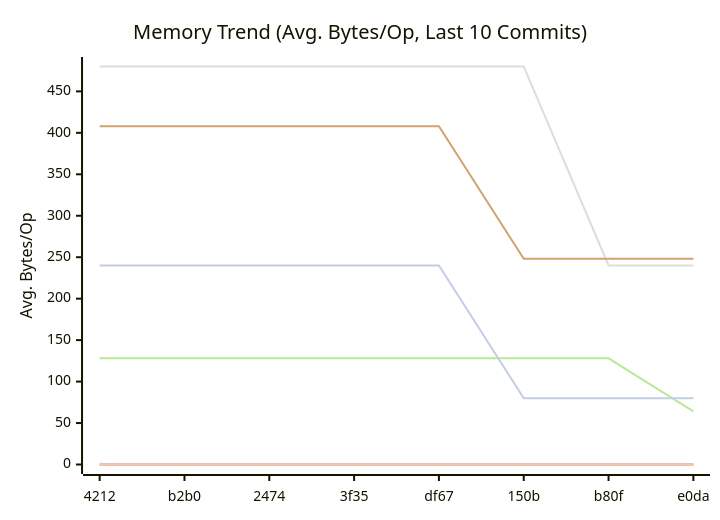
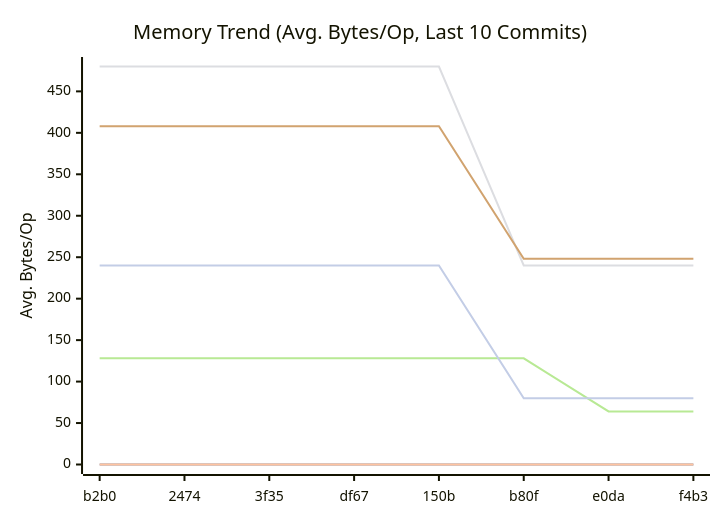
Before and after one commit to alsotoes/momo: the second of 3 diagrams in docs/README.md, drawn with Mermaid. The commit also changed other lines of this file and 1 other file, not shown here.

````diff
--- a/docs/README.md
+++ b/docs/README.md
@@ -168,14 +168,14 @@
 ```mermaid
 xychart-beta
     title "Memory Trend (Avg. Bytes/Op, Last 10 Commits)"
     x-axis "Commit"
     y-axis "Avg. Bytes/Op"
-    x-axis [4212,b2b0,2474,3f35,df67,150b,b80f,e0da]
+    x-axis [b2b0,2474,3f35,df67,150b,b80f,e0da,f4b3]
     line "CheckMetricsAndSwap" [0,0,0,0,0,0,0,0,0,0]
     line "IndexDirectTracking" [0,0,0,0,0,0,0,0,0,0]
     line "IndexSearch" [0,0,0,0,0,0,0,0,0,0]
-    line "LoadGlobalConfig" [480,480,480,480,480,480,240,240,240,240]
-    line "PadString" [128,128,128,128,128,128,128,64,64,64]
+    line "LoadGlobalConfig" [480,480,480,480,480,240,240,240,240,160]
+    line "PadString" [128,128,128,128,128,128,64,64,64,0]
     line "ParseReplicationOrder_NoPrealloc" [408,408,408,408,408,248,248,248,248,248]
     line "ParseReplicationOrder_Prealloc" [240,240,240,240,240,80,80,80,80,80]
 ```
````
